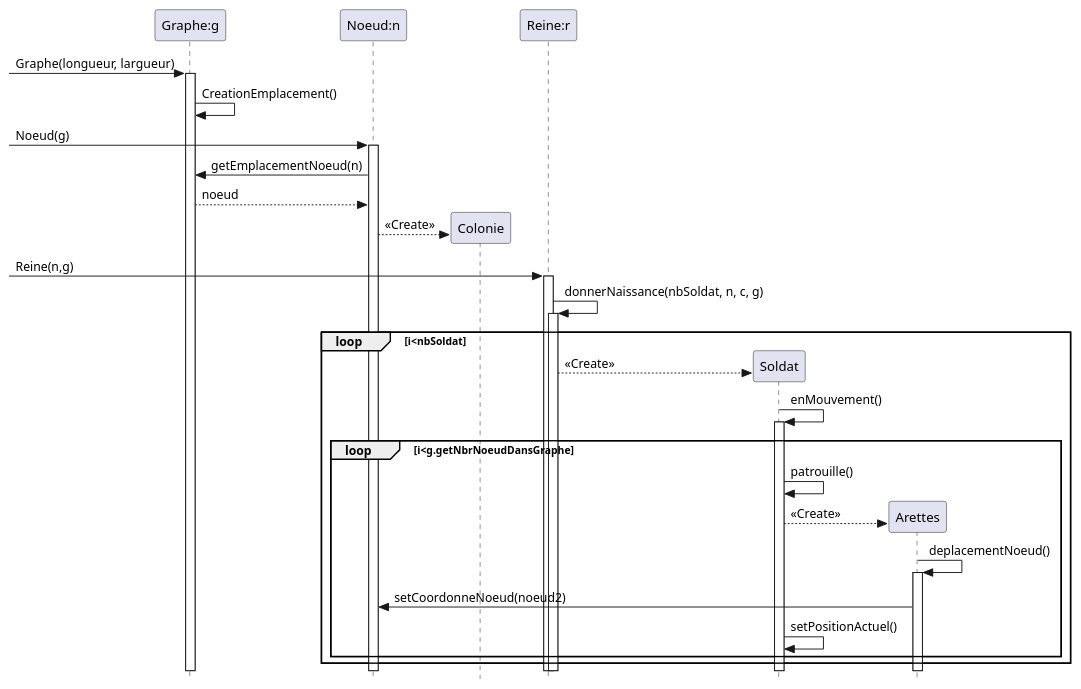
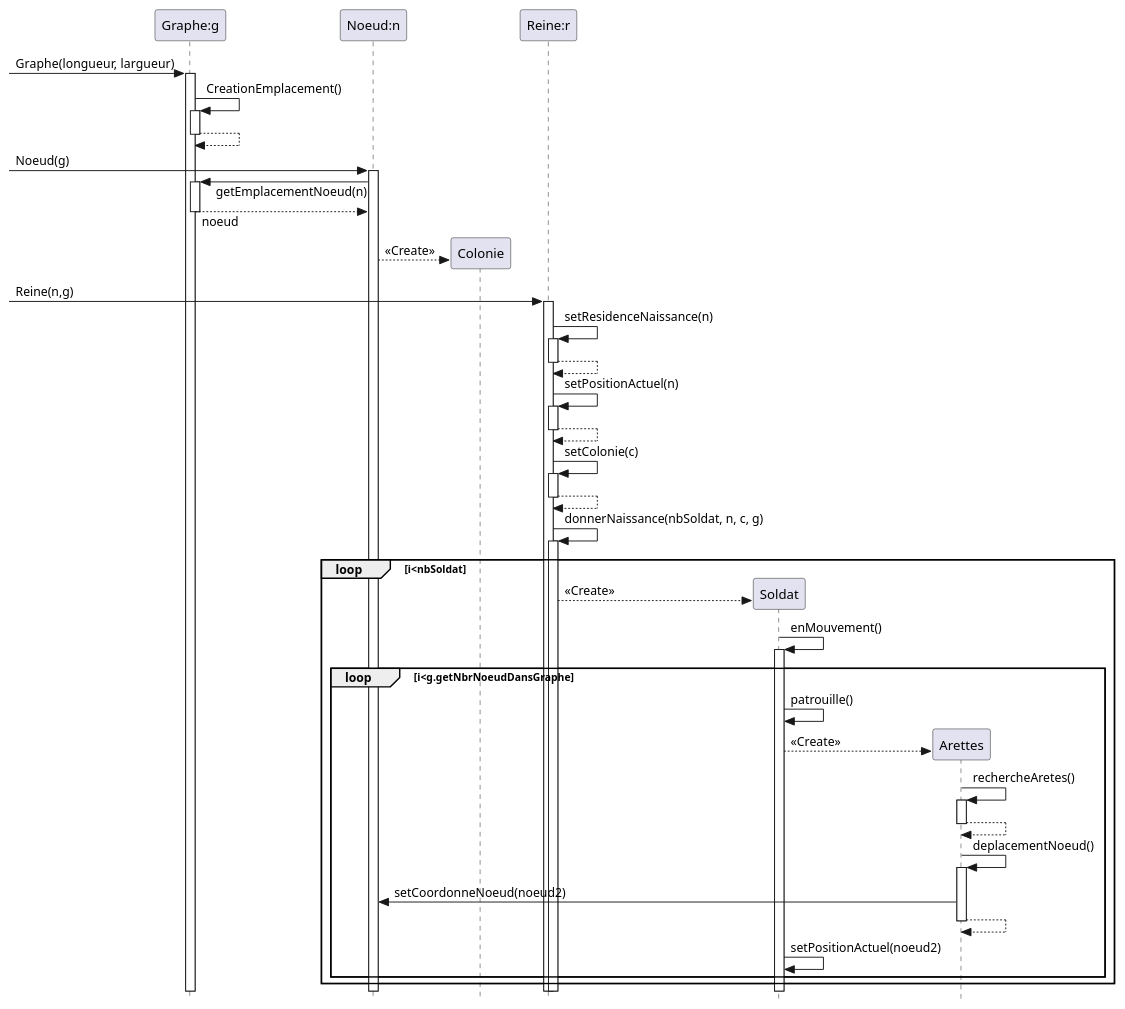
The diagram in plantUML/V1/Fourmis_DS_Iteration.puml (jvondermarck/ant-colony), drawn with PlantUML before and after one commit. The commit also changed 10 other files, not shown here.

```diff
--- a/plantUML/V1/Fourmis_DS_Iteration.puml
+++ b/plantUML/V1/Fourmis_DS_Iteration.puml
@@ -1,41 +1,58 @@
 @startuml
 'https://plantuml.com/sequence-diagram
 
 skinparam style strictuml
 skinparam responseMessageBelowArrow true
 hide footbox
 'autonumber
 
 participant "Graphe:g" as graphe
 participant "Noeud:n" as noeud
 
+' ---------GRAPHE--------------
 -> graphe++:Graphe(longueur, largueur)
-graphe -> graphe : CreationEmplacement()
+graphe -> graphe++ : CreationEmplacement()
+    return
 
+' ---------NOEUD--------------
 -> noeud++:Noeud(g)
-noeud -> graphe : getEmplacementNoeud(n)
-graphe --> noeud : noeud
+graphe <- noeud++ : getEmplacementNoeud(n)
+    return noeud
 
+' ---------COLONIE--------------
 create Colonie
 noeud --> Colonie : <<Create>>
 
+' ---------REINE--------------
 participant "Reine:r" as reine
 -> reine++ : Reine(n,g)
+
+reine -> reine++ : setResidenceNaissance(n)
+    return
+reine -> reine++ : setPositionActuel(n)
+    return
+reine -> reine++ : setColonie(c)
+    return
 reine -> reine++ : donnerNaissance(nbSoldat, n, c, g)
+
 loop i<nbSoldat
+    ' ---------SOLDAT--------------
     create Soldat
     reine --> Soldat : <<Create>>
     Soldat -> Soldat++ : enMouvement()
     loop i<g.getNbrNoeudDansGraphe
         Soldat -> Soldat : patrouille()
+        ' ---------ARETES--------------
         create Arettes
         Soldat --> Arettes : <<Create>>
+        Arettes -> Arettes++ : rechercheAretes()
+            return
         Arettes -> Arettes++ : deplacementNoeud()
         Arettes -> noeud : setCoordonneNoeud(noeud2)
-        Soldat -> Soldat : setPositionActuel()
+            return
+        Soldat -> Soldat : setPositionActuel(noeud2)
     end
 end
 
 
-
 @enduml
```
